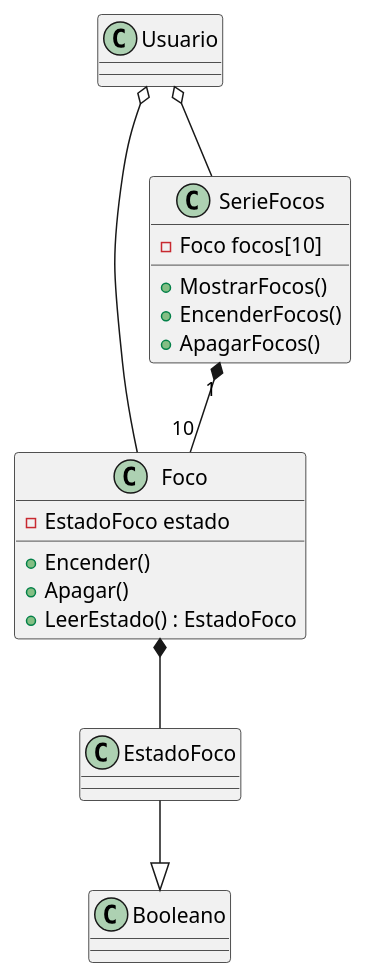
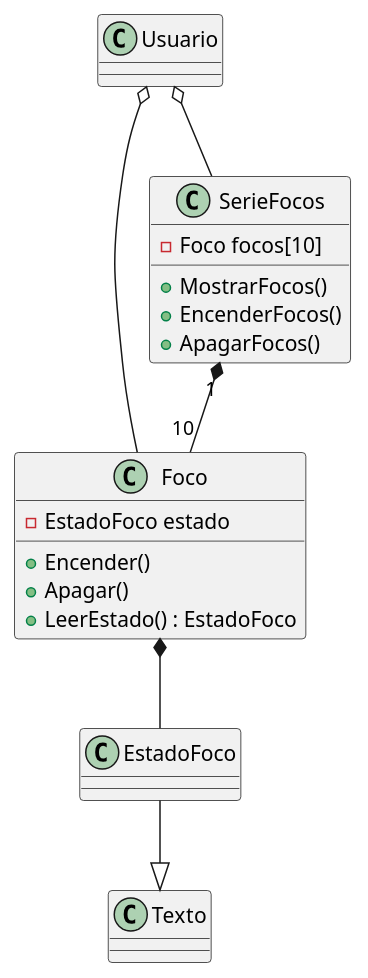
One commit to dafners/3E261-SegundoParcial changed the diagram in docs/foco.puml. Above: the diagram before and after it, drawn with PlantUML. The commit also changed 3 other files, not shown here.

```diff
--- a/docs/foco.puml
+++ b/docs/foco.puml
@@ -1,26 +1,26 @@
 @startuml foco
 
 class Usuario
 
 class Foco {
 - EstadoFoco estado
 + Encender()
 + Apagar()
 + LeerEstado() : EstadoFoco
 }
 
 class EstadoFoco 
 class SerieFocos {
     - Foco focos[10]
     + MostrarFocos()
     + EncenderFocos()
     + ApagarFocos()
 }
 
 Usuario o-- Foco
 Foco *-- EstadoFoco
-EstadoFoco --|> Booleano
+EstadoFoco --|> Texto
 SerieFocos "1" *-- "10" Foco
 Usuario o-- SerieFocos
 
 @enduml
```
